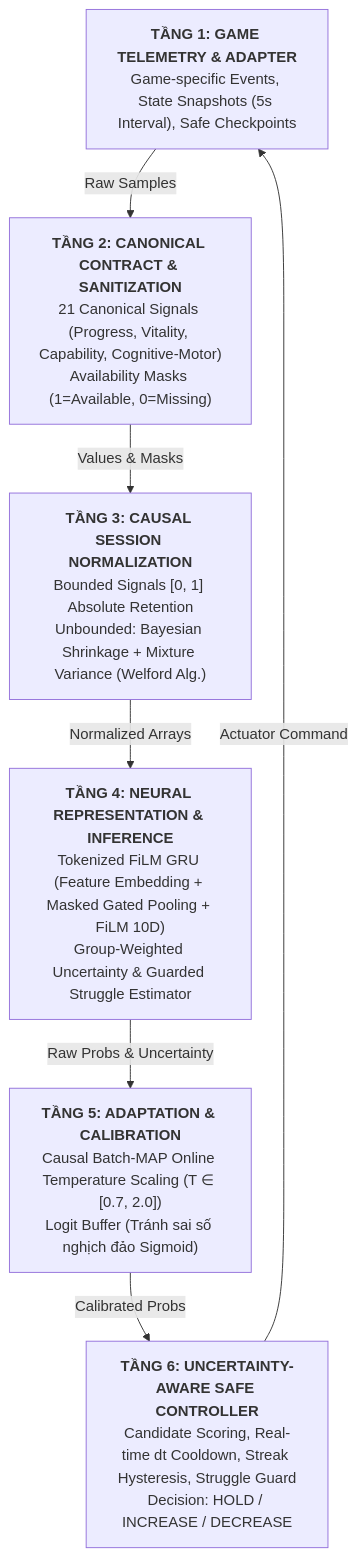
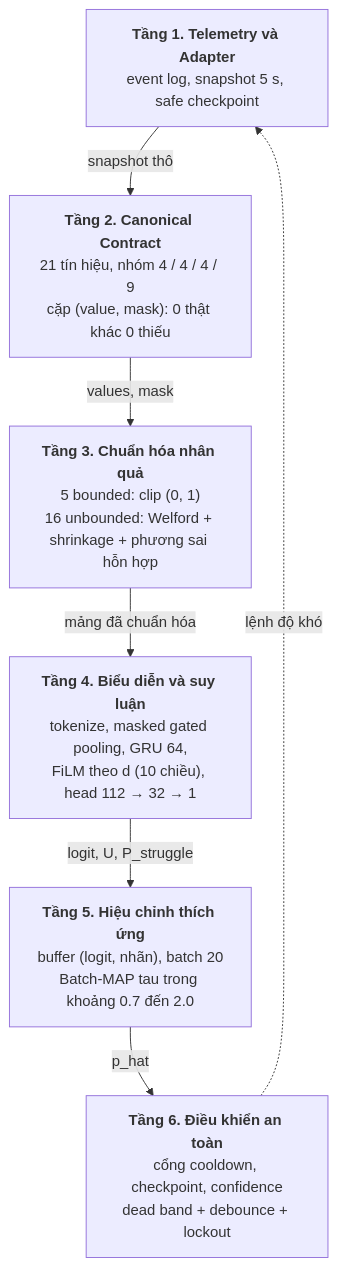
One commit to sonbm-itealvn/DDA-models changed the third of 16 diagrams in SYSTEM_ARCHITECTURE_ANALYSIS.md. Above: the diagram before and after it, drawn with Mermaid. The commit also changed other lines of this file and 2 other files, not shown here.

````diff
--- a/SYSTEM_ARCHITECTURE_ANALYSIS.md
+++ b/SYSTEM_ARCHITECTURE_ANALYSIS.md
@@ -163,16 +304,16 @@
 ```mermaid
 flowchart TD
-    L1["<b>TẦNG 1: GAME TELEMETRY & ADAPTER</b><br/>Game-specific Events, State Snapshots (5s Interval), Safe Checkpoints"]
-    L2["<b>TẦNG 2: CANONICAL CONTRACT & SANITIZATION</b><br/>21 Canonical Signals (Progress, Vitality, Capability, Cognitive-Motor)<br/>Availability Masks (1=Available, 0=Missing)"]
-    L3["<b>TẦNG 3: CAUSAL SESSION NORMALIZATION</b><br/>Bounded Signals [0, 1] Absolute Retention<br/>Unbounded: Bayesian Shrinkage + Mixture Variance (Welford Alg.)"]
-    L4["<b>TẦNG 4: NEURAL REPRESENTATION & INFERENCE</b><br/>Tokenized FiLM GRU (Feature Embedding + Masked Gated Pooling + FiLM 10D)<br/>Group-Weighted Uncertainty & Guarded Struggle Estimator"]
-    L5["<b>TẦNG 5: ADAPTATION & CALIBRATION</b><br/>Causal Batch-MAP Online Temperature Scaling (T ∈ [0.7, 2.0])<br/>Logit Buffer (Tránh sai số nghịch đảo Sigmoid)"]
-    L6["<b>TẦNG 6: UNCERTAINTY-AWARE SAFE CONTROLLER</b><br/>Candidate Scoring, Real-time dt Cooldown, Streak Hysteresis, Struggle Guard<br/>Decision: HOLD / INCREASE / DECREASE"]
+    L1["<b>Tầng 1. Telemetry và Adapter</b><br/>event log, snapshot 5 s, safe checkpoint"]
+    L2["<b>Tầng 2. Canonical Contract</b><br/>21 tín hiệu, nhóm 4 / 4 / 4 / 9<br/>cặp (value, mask): 0 thật khác 0 thiếu"]
+    L3["<b>Tầng 3. Chuẩn hóa nhân quả</b><br/>5 bounded: clip (0, 1)<br/>16 unbounded: Welford + shrinkage + phương sai hỗn hợp"]
+    L4["<b>Tầng 4. Biểu diễn và suy luận</b><br/>tokenize, masked gated pooling, GRU 64,<br/>FiLM theo d (10 chiều), head 112 → 32 → 1"]
+    L5["<b>Tầng 5. Hiệu chỉnh thích ứng</b><br/>buffer (logit, nhãn), batch 20<br/>Batch-MAP tau trong khoảng 0.7 đến 2.0"]
+    L6["<b>Tầng 6. Điều khiển an toàn</b><br/>cổng cooldown, checkpoint, confidence<br/>dead band + debounce + lockout"]
 
-    L1 -->|Raw Samples| L2
-    L2 -->|Values & Masks| L3
-    L3 -->|Normalized Arrays| L4
-    L4 -->|Raw Probs & Uncertainty| L5
-    L5 -->|Calibrated Probs| L6
-    L6 -->|Actuator Command| L1
+    L1 -->|"snapshot thô"| L2
+    L2 -->|"values, mask"| L3
+    L3 -->|"mảng đã chuẩn hóa"| L4
+    L4 -->|"logit, U, P_struggle"| L5
+    L5 -->|"p_hat"| L6
+    L6 -.->|"lệnh độ khó"| L1
 ```
````
